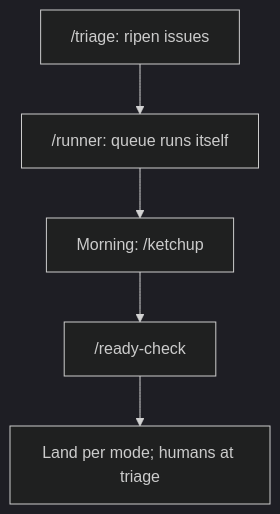
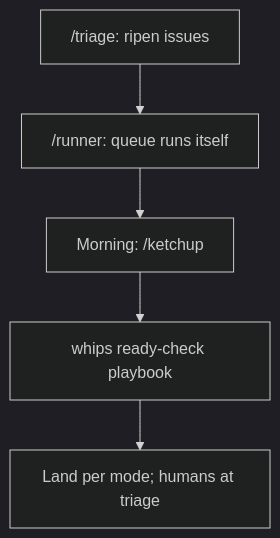
One commit to TudeOrangBiasa/skills-for-agents changed the fifth of 10 diagrams in skills/user-invoked/guide/COOKBOOK.md. Above: the diagram before and after it, drawn with Mermaid (dark theme). The commit also changed other lines of this file and 2 other files, not shown here.

Commit message:
fix(docs): COOKBOOK slash playbook, wizard, count, CMS examples (#180)

````diff
--- a/skills/user-invoked/guide/COOKBOOK.md
+++ b/skills/user-invoked/guide/COOKBOOK.md
@@ -82,6 +82,6 @@
 ```mermaid
 flowchart TD
     T["/triage: ripen issues"] --> N["/runner: queue runs itself"]
     N --> M["Morning: /ketchup"]
-    M --> R["/ready-check"] --> G["Land per mode; humans at triage"]
+    M --> R["whips ready-check playbook"] --> G["Land per mode; humans at triage"]
 ```
````
